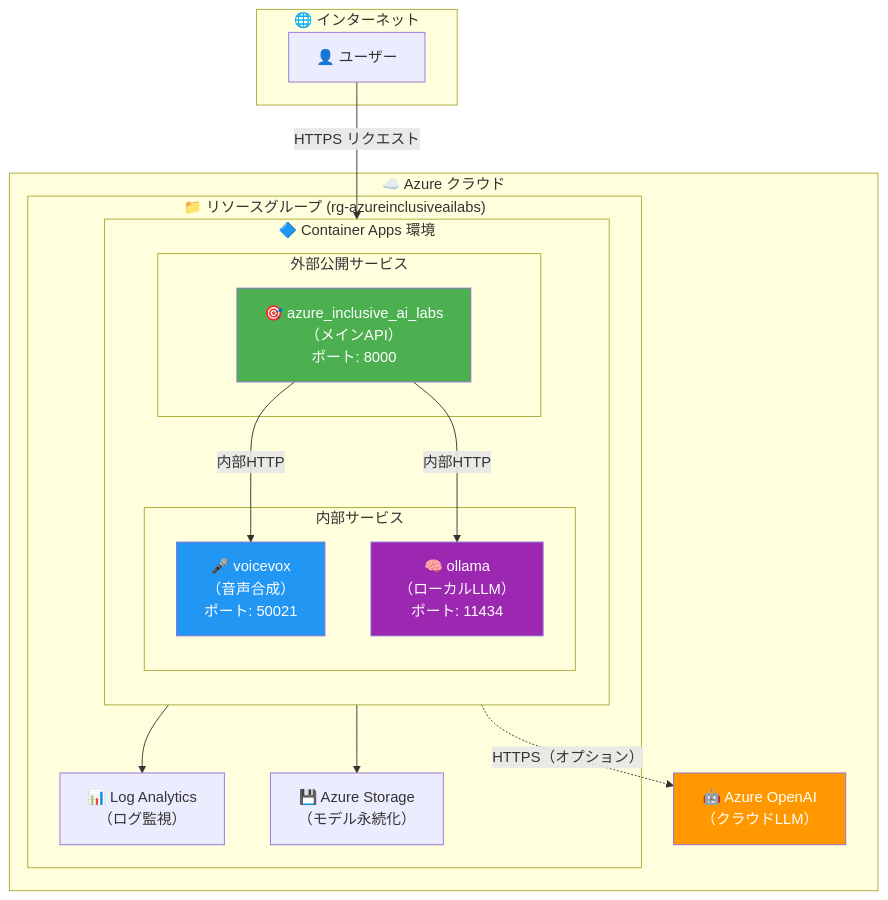
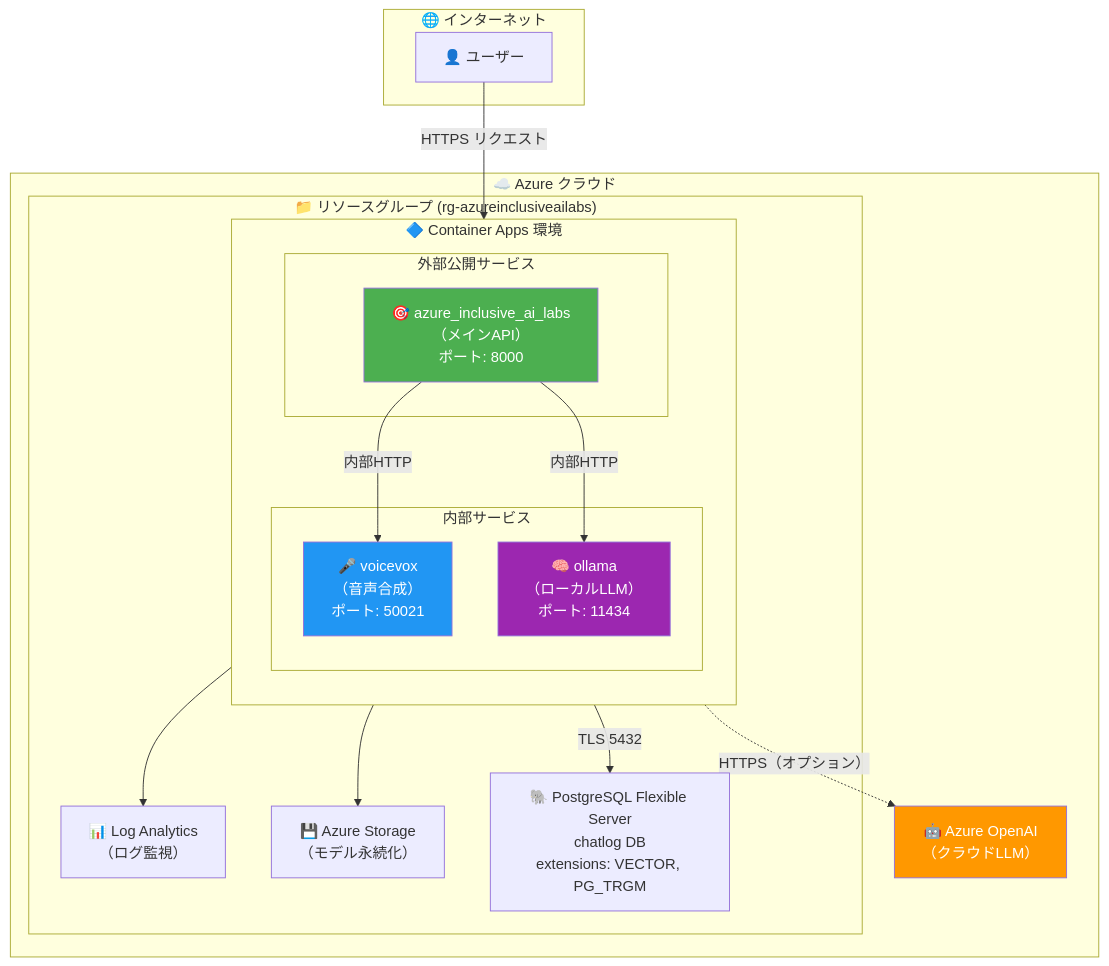
The first of 12 diagrams in infra/scenarios/azure_inclusive_ai_labs/README.md (ks6088ts/template-terraform), drawn with Mermaid before and after one commit. The commit also changed other lines of this file and 5 other files, not shown here.

First line of the commit message:
feat(azure_inclusive_ai_labs): add PostgreSQL chatlog wiring and auth modes

````diff
--- a/infra/scenarios/azure_inclusive_ai_labs/README.md
+++ b/infra/scenarios/azure_inclusive_ai_labs/README.md
@@ -25,40 +26,42 @@
 ```mermaid
 flowchart TB
     subgraph Internet["🌐 インターネット"]
         User["👤 ユーザー"]
     end
 
     subgraph Azure["☁️ Azure クラウド"]
         subgraph RG["📁 リソースグループ (rg-azureinclusiveailabs)"]
             subgraph CAE["🔷 Container Apps 環境"]
                 direction TB
 
                 subgraph External["外部公開サービス"]
                     IAL["🎯 azure_inclusive_ai_labs<br/>（メインAPI）<br/>ポート: 8000"]
                 end
 
                 subgraph Internal["内部サービス"]
                     VV["🎤 voicevox<br/>（音声合成）<br/>ポート: 50021"]
                     OL["🧠 ollama<br/>（ローカルLLM）<br/>ポート: 11434"]
                 end
             end
 
             LAW["📊 Log Analytics<br/>（ログ監視）"]
             Storage["💾 Azure Storage<br/>（モデル永続化）"]
+            PostgreSQL["🐘 PostgreSQL Flexible Server<br/>chatlog DB<br/>extensions: VECTOR, PG_TRGM"]
         end
 
         AOAI["🤖 Azure OpenAI<br/>（クラウドLLM）"]
     end
 
     User -->|"HTTPS リクエスト"| IAL
     IAL -->|"内部HTTP"| VV
     IAL -->|"内部HTTP"| OL
+    IAL -->|"TLS 5432"| PostgreSQL
     IAL -.->|"HTTPS（オプション）"| AOAI
     CAE --> LAW
     OL --> Storage
 
     style IAL fill:#4CAF50,color:#fff
     style VV fill:#2196F3,color:#fff
     style OL fill:#9C27B0,color:#fff
     style AOAI fill:#FF9800,color:#fff
 ```
````
